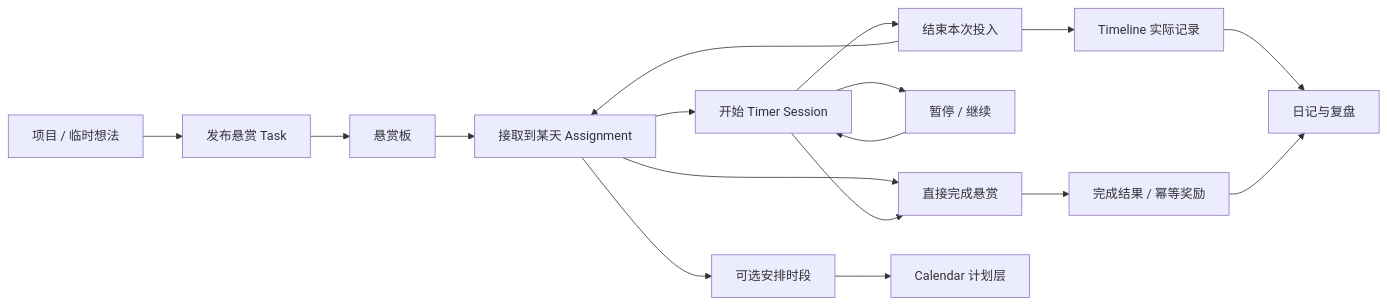
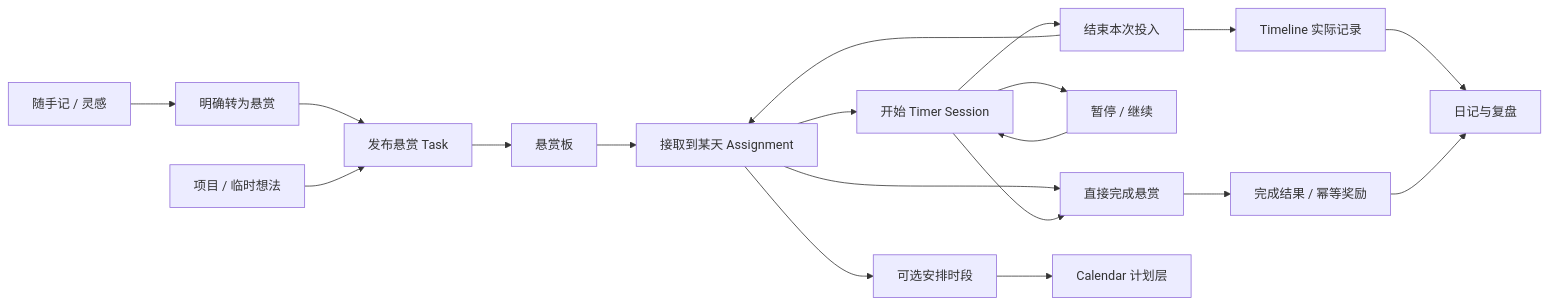
Before and after one commit to calicoAo/workbench: the first of 2 diagrams in docs/FUNCTIONAL_DESIGN_VNEXT.md, drawn with Mermaid. The commit also changed other lines of this file and 48 other files, not shown here.

````diff
--- a/docs/FUNCTIONAL_DESIGN_VNEXT.md
+++ b/docs/FUNCTIONAL_DESIGN_VNEXT.md
@@ -8,19 +9,21 @@
 ```mermaid
 flowchart LR
+    N[随手记 / 灵感] --> Confirm[明确转为悬赏]
+    Confirm --> T
     P[项目 / 临时想法] --> T[发布悬赏 Task]
     T --> B[悬赏板]
     B --> A[接取到某天 Assignment]
     A --> S[开始 Timer Session]
     A --> C[直接完成悬赏]
     S --> Pause[暂停 / 继续]
     Pause --> S
     S --> E[结束本次投入]
     E --> L[Timeline 实际记录]
     E --> A
     S --> C
     C --> R[完成结果 / 幂等奖励]
     L --> J[日记与复盘]
     R --> J
     A --> Plan[可选安排时段]
     Plan --> Calendar[Calendar 计划层]
 ```
````
